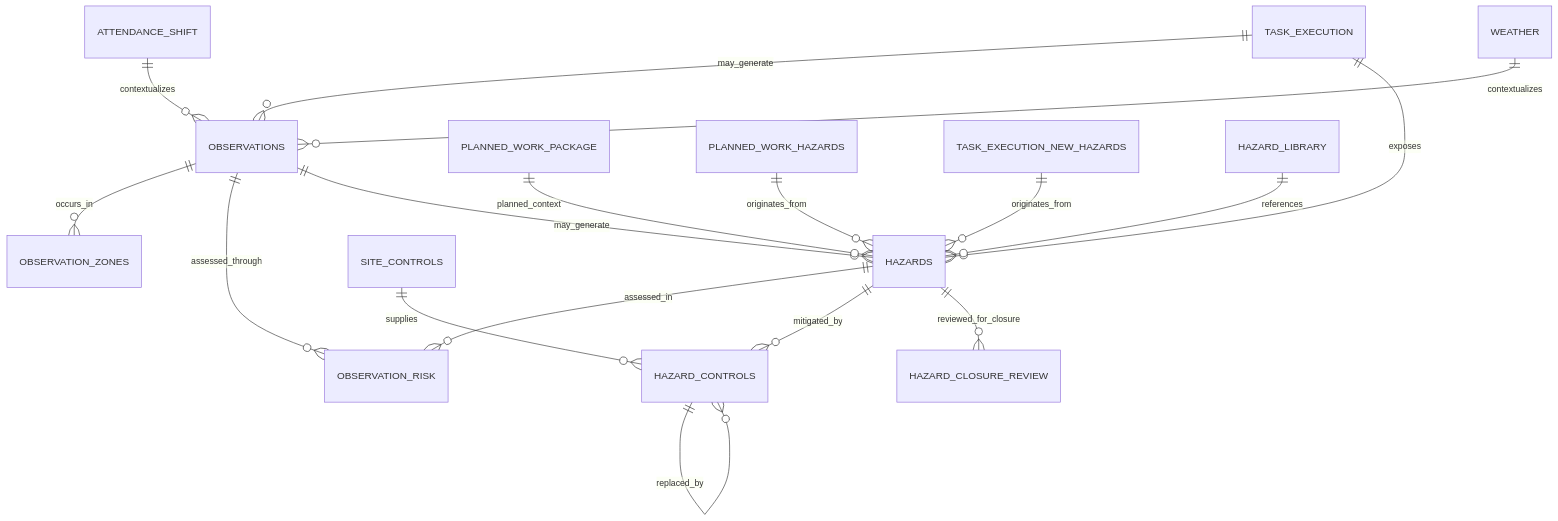
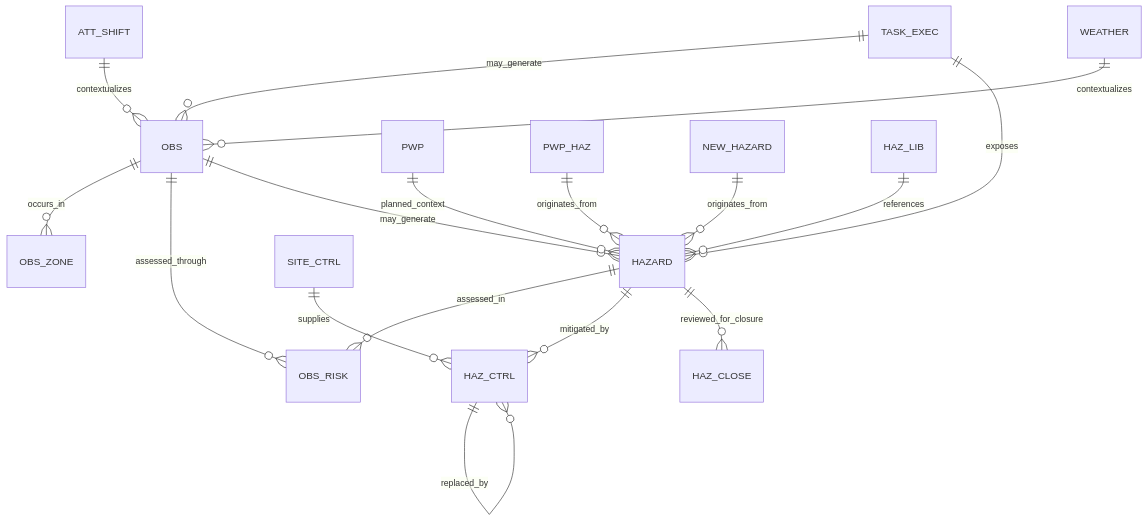
The third of 10 diagrams in docs/Database_ERD.md (Euchie23/HSEQ_Risk_Intel), drawn with Mermaid before and after one commit. The commit also changed other lines of this file, not shown here.

First line of the commit message:
Improve clarity and consistency in Database ERD documentation

````diff
--- a/docs/Database_ERD.md
+++ b/docs/Database_ERD.md
@@ -228,27 +195,27 @@
 ```mermaid
 erDiagram
 
-    TASK_EXECUTION ||--o{ OBSERVATIONS : may_generate
-    ATTENDANCE_SHIFT ||--o{ OBSERVATIONS : contextualizes
-    WEATHER ||--o{ OBSERVATIONS : contextualizes
+    TASK_EXEC ||--o{ OBS : may_generate
+    ATT_SHIFT ||--o{ OBS : contextualizes
+    WEATHER ||--o{ OBS : contextualizes
 
-    OBSERVATIONS ||--o{ OBSERVATION_ZONES : occurs_in
-    OBSERVATIONS ||--o{ OBSERVATION_RISK : assessed_through
+    OBS ||--o{ OBS_ZONE : occurs_in
+    OBS ||--o{ OBS_RISK : assessed_through
 
-    TASK_EXECUTION ||--o{ HAZARDS : exposes
-    OBSERVATIONS ||--o{ HAZARDS : may_generate
+    TASK_EXEC ||--o{ HAZARD : exposes
+    OBS ||--o{ HAZARD : may_generate
 
-    PLANNED_WORK_PACKAGE ||--o{ HAZARDS : planned_context
-    PLANNED_WORK_HAZARDS ||--o{ HAZARDS : originates_from
-    TASK_EXECUTION_NEW_HAZARDS ||--o{ HAZARDS : originates_from
-    HAZARD_LIBRARY ||--o{ HAZARDS : references
+    PWP ||--o{ HAZARD : planned_context
+    PWP_HAZ ||--o{ HAZARD : originates_from
+    NEW_HAZARD ||--o{ HAZARD : originates_from
+    HAZ_LIB ||--o{ HAZARD : references
 
-    HAZARDS ||--o{ OBSERVATION_RISK : assessed_in
+    HAZARD ||--o{ OBS_RISK : assessed_in
 
-    HAZARDS ||--o{ HAZARD_CONTROLS : mitigated_by
-    SITE_CONTROLS ||--o{ HAZARD_CONTROLS : supplies
+    HAZARD ||--o{ HAZ_CTRL : mitigated_by
+    SITE_CTRL ||--o{ HAZ_CTRL : supplies
 
-    HAZARD_CONTROLS ||--o{ HAZARD_CONTROLS : replaced_by
+    HAZ_CTRL ||--o{ HAZ_CTRL : replaced_by
 
-    HAZARDS ||--o{ HAZARD_CLOSURE_REVIEW : reviewed_for_closure
+    HAZARD ||--o{ HAZ_CLOSE : reviewed_for_closure
 ```
````
